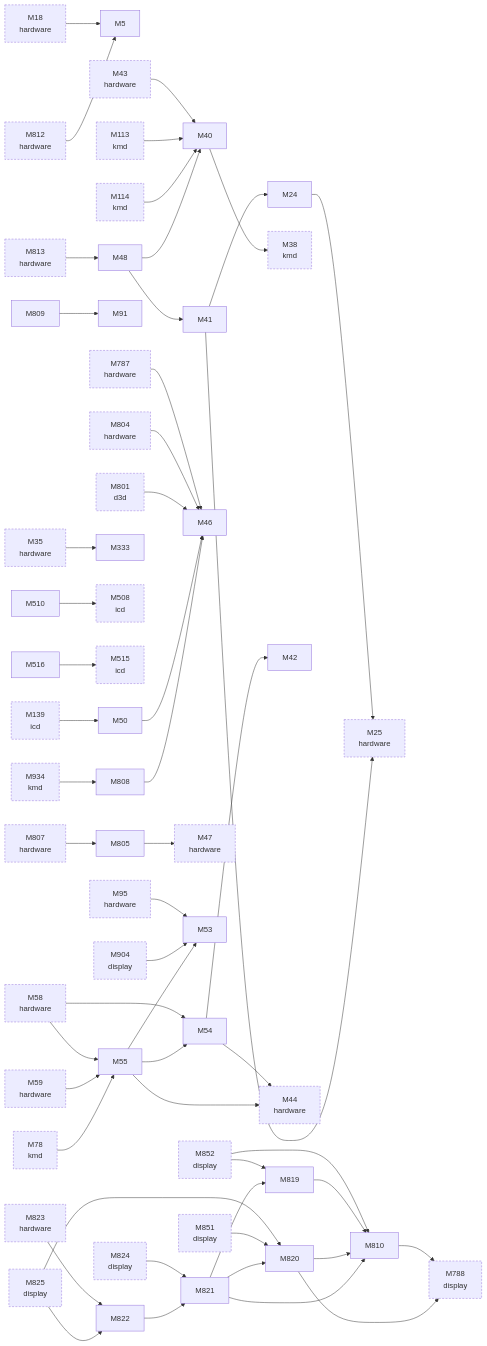
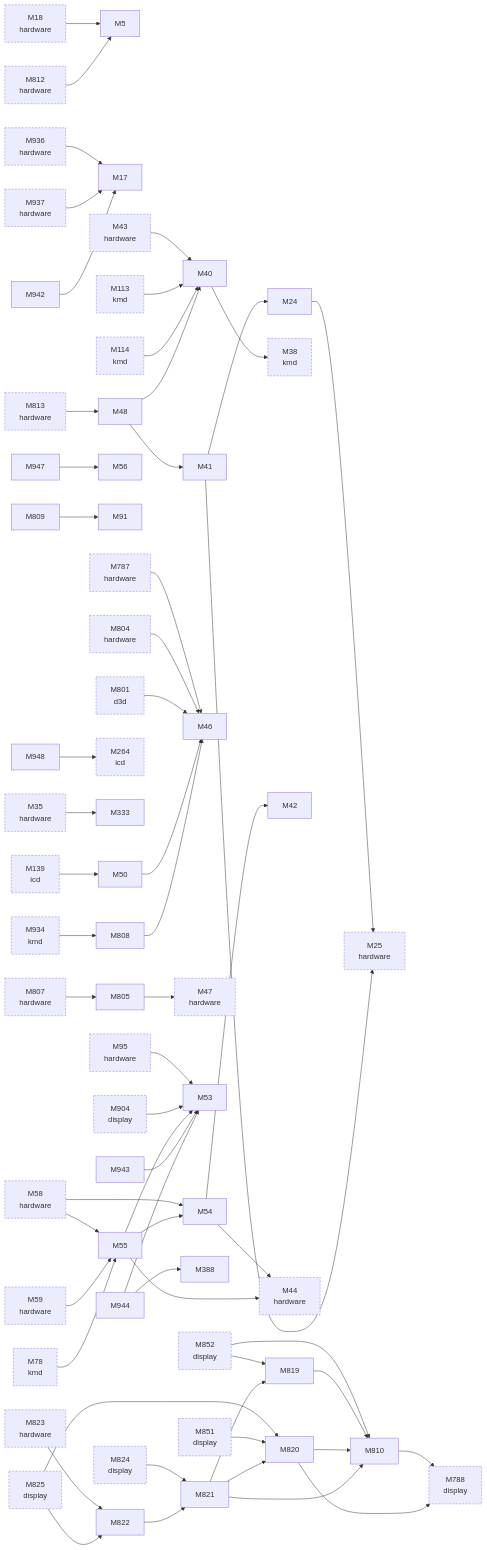
One commit to D-Ogi/amdgpu-wddm changed the second of 3 diagrams in docs/facts/graphs/linux.md. Above: the diagram before and after it, drawn with Mermaid. The commit also changed other lines of this file and 11 other files, not shown here.

````diff
--- a/docs/facts/graphs/linux.md
+++ b/docs/facts/graphs/linux.md
@@ -45,6 +50,7 @@
 ```mermaid
 flowchart LR
   M5["M5"]
+  M17["M17"]
   M18["M18<br/>hardware"]
   M24["M24"]
   M25["M25<br/>hardware"]
@@ -62,6 +68,7 @@
   M53["M53"]
   M54["M54"]
   M55["M55"]
+  M56["M56"]
   M58["M58<br/>hardware"]
   M59["M59<br/>hardware"]
   M78["M78<br/>kmd"]
@@ -70,11 +77,9 @@
   M113["M113<br/>kmd"]
   M114["M114<br/>kmd"]
   M139["M139<br/>icd"]
+  M264["M264<br/>icd"]
   M333["M333"]
-  M508["M508<br/>icd"]
-  M510["M510"]
-  M515["M515<br/>icd"]
-  M516["M516"]
+  M388["M388"]
   M787["M787<br/>hardware"]
   M788["M788<br/>display"]
   M801["M801<br/>d3d"]
@@ -97,6 +102,13 @@
   M852["M852<br/>display"]
   M904["M904<br/>display"]
   M934["M934<br/>kmd"]
+  M936["M936<br/>hardware"]
+  M937["M937<br/>hardware"]
+  M942["M942"]
+  M943["M943"]
+  M944["M944"]
+  M947["M947"]
+  M948["M948"]
   M18 --> M5
   M35 --> M333
   M43 --> M40
@@ -110,6 +122,8 @@
   M812 --> M5
   M813 --> M48
   M823 --> M822
+  M936 --> M17
+  M937 --> M17
   M78 --> M55
   M113 --> M40
   M114 --> M40
@@ -135,8 +149,6 @@
   M55 --> M44
   M55 --> M53
   M55 --> M54
-  M510 --> M508
-  M516 --> M515
   M805 --> M47
   M808 --> M46
   M809 --> M91
@@ -148,6 +160,12 @@
   M821 --> M819
   M821 --> M820
   M822 --> M821
+  M942 --> M17
+  M943 --> M53
+  M944 --> M53
+  M944 --> M388
+  M947 --> M56
+  M948 --> M264
   classDef other stroke-dasharray:4 3
-  class M18,M25,M35,M38,M43,M44,M47,M58,M59,M78,M95,M113,M114,M139,M508,M515,M787,M788,M801,M804,M807,M812,M813,M823,M824,M825,M851,M852,M904,M934 other
+  class M18,M25,M35,M38,M43,M44,M47,M58,M59,M78,M95,M113,M114,M139,M264,M787,M788,M801,M804,M807,M812,M813,M823,M824,M825,M851,M852,M904,M934,M936,M937 other
 ```
````
